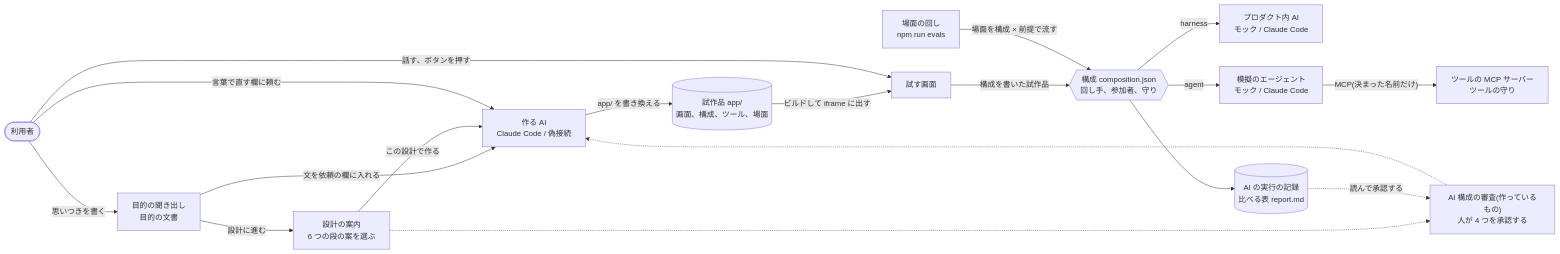
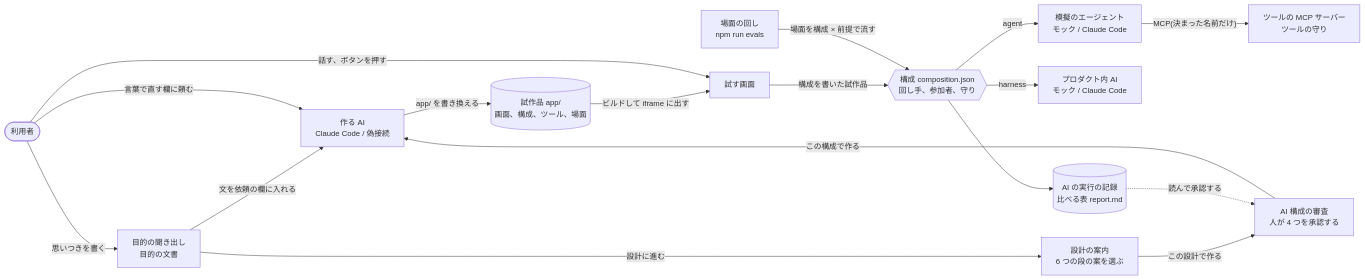
Before and after one commit to jyoka/agent-prototype-studio: the diagram in README.md, drawn with Mermaid. The commit also changed other lines of this file and 49 other files, not shown here.

````diff
--- a/README.md
+++ b/README.md
@@ -23,18 +23,17 @@
 ```mermaid
 flowchart LR
     you(["利用者"]) -- "思いつきを書く" --> intent["目的の聞き出し<br/>目的の文書"]
     intent -- "文を依頼の欄に入れる" --> maker
-    intent -- "設計に進む" --> design["設計の案内<br/>6 つの段の案を選ぶ"] -- "この設計で作る" --> maker
-    design -.-> review["AI 構成の審査(作っているもの)<br/>人が 4 つを承認する"] -.-> maker
+    intent -- "設計に進む" --> design["設計の案内<br/>6 つの段の案を選ぶ"] -- "この設計で作る" --> review["AI 構成の審査<br/>人が 4 つを承認する"] -- "この構成で作る" --> maker
     you -- "言葉で直す欄に頼む" --> maker["作る AI<br/>Claude Code / 偽接続"]
     maker -- "app/ を書き換える" --> app[("試作品 app/<br/>画面、構成、ツール、場面")]
     app -- "ビルドして iframe に出す" --> try["試す画面"]
     you -- "話す、ボタンを押す" --> try
     try -- "構成を書いた試作品" --> comp{{"構成 composition.json<br/>回し手、参加者、守り"}}
     evals["場面の回し<br/>npm run evals"] -- "場面を構成 × 前提で流す" --> comp
     comp -- "harness" --> pai["プロダクト内 AI<br/>モック / Claude Code"]
     comp -- "agent" --> sim["模擬のエージェント<br/>モック / Claude Code"]
     sim -- "MCP(決まった名前だけ)" --> tools["ツールの MCP サーバー<br/>ツールの守り"]
     comp --> trace[("AI の実行の記録<br/>比べる表 report.md")]
     trace -. "読んで承認する" .-> review
 ```
````
